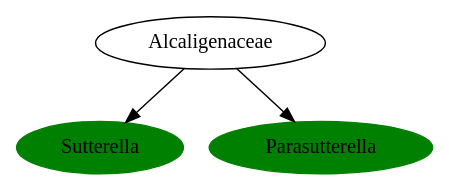
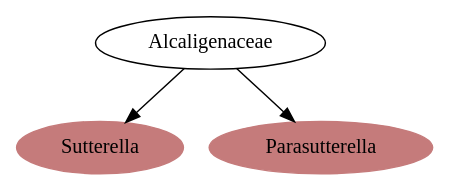
Before and after one commit to AndersHqst/thesis: the diagram in experiments/2b/phylogenetic-tree/dotfiles/6.dot, drawn with Graphviz. The commit also changed 77 other files, not shown here.

Commit message:
Added plotting code for summary graphs

```diff
--- a/experiments/2b/phylogenetic-tree/dotfiles/6.dot
+++ b/experiments/2b/phylogenetic-tree/dotfiles/6.dot
@@ -1,11 +1,11 @@
 digraph G { 
-	AlcaligenaceaeSutterella [label="Sutterella", color="green", style=filled];
+	AlcaligenaceaeSutterella [label="Sutterella", color="#C57B7B", style=filled];
 	BurkholderialesAlcaligenaceae [label="Alcaligenaceae"];
 	AlcaligenaceaeSutterella [label="Sutterella"];
 	BurkholderialesAlcaligenaceae -> AlcaligenaceaeSutterella;
-	AlcaligenaceaeParasutterella [label="Parasutterella", color="green", style=filled];
+	AlcaligenaceaeParasutterella [label="Parasutterella", color="#C57B7B", style=filled];
 	BurkholderialesAlcaligenaceae [label="Alcaligenaceae"];
 	AlcaligenaceaeParasutterella [label="Parasutterella"];
 	BurkholderialesAlcaligenaceae -> AlcaligenaceaeParasutterella;
 
  }
```
